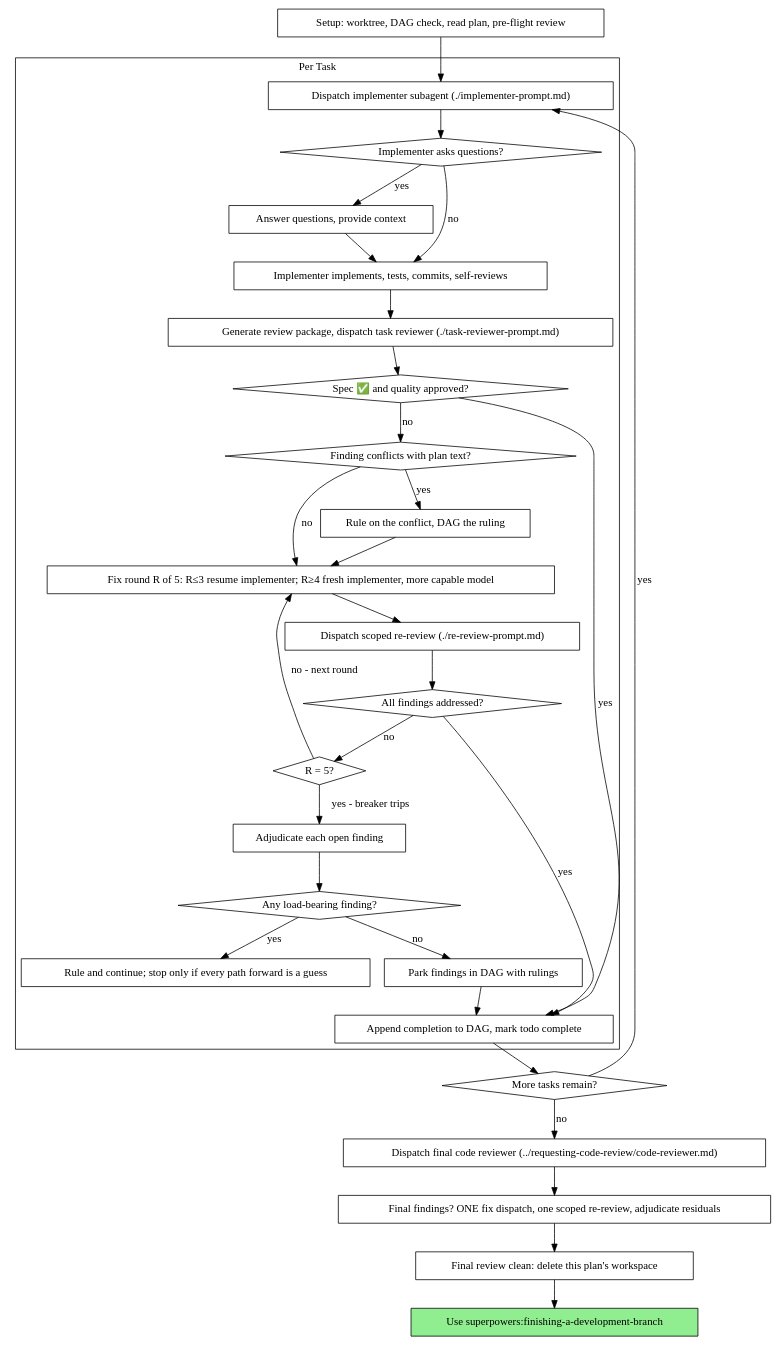
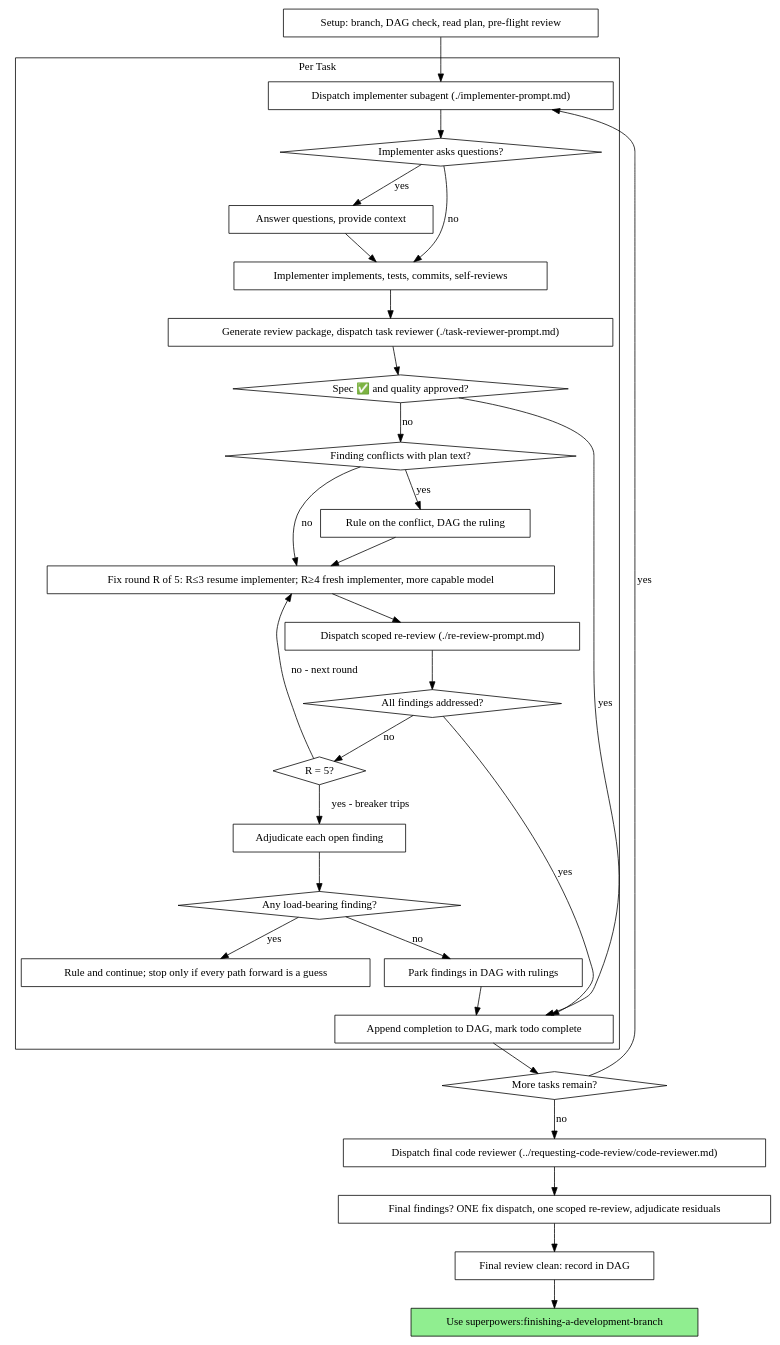
The second of 2 diagrams in skills/subagent-driven-development/SKILL.md (deuriib/superpowers-agentmemory), drawn with Graphviz before and after one commit. The commit also changed other lines of this file and 5 other files, not shown here.

````diff
--- a/skills/subagent-driven-development/SKILL.md
+++ b/skills/subagent-driven-development/SKILL.md
@@ -61,62 +61,62 @@
 ```dot
 digraph process {
     rankdir=TB;
 
     subgraph cluster_per_task {
         label="Per Task";
         "Dispatch implementer subagent (./implementer-prompt.md)" [shape=box];
         "Implementer asks questions?" [shape=diamond];
         "Answer questions, provide context" [shape=box];
         "Implementer implements, tests, commits, self-reviews" [shape=box];
         "Generate review package, dispatch task reviewer (./task-reviewer-prompt.md)" [shape=box];
         "Spec ✅ and quality approved?" [shape=diamond];
         "Finding conflicts with plan text?" [shape=diamond];
         "Rule on the conflict, DAG the ruling" [shape=box];
         "Fix round R of 5: R≤3 resume implementer; R≥4 fresh implementer, more capable model" [shape=box];
         "Dispatch scoped re-review (./re-review-prompt.md)" [shape=box];
         "All findings addressed?" [shape=diamond];
         "R = 5?" [shape=diamond];
         "Adjudicate each open finding" [shape=box];
         "Any load-bearing finding?" [shape=diamond];
         "Rule and continue; stop only if every path forward is a guess" [shape=box];
         "Park findings in DAG with rulings" [shape=box];
         "Append completion to DAG, mark todo complete" [shape=box];
     }
 
-    "Setup: worktree, DAG check, read plan, pre-flight review" [shape=box];
+    "Setup: branch, DAG check, read plan, pre-flight review" [shape=box];
     "More tasks remain?" [shape=diamond];
     "Dispatch final code reviewer (../requesting-code-review/code-reviewer.md)" [shape=box];
     "Final findings? ONE fix dispatch, one scoped re-review, adjudicate residuals" [shape=box];
-    "Final review clean: delete this plan's workspace" [shape=box];
+    "Final review clean: record in DAG" [shape=box];
     "Use superpowers:finishing-a-development-branch" [shape=box style=filled fillcolor=lightgreen];
 
-    "Setup: worktree, DAG check, read plan, pre-flight review" -> "Dispatch implementer subagent (./implementer-prompt.md)";
+    "Setup: branch, DAG check, read plan, pre-flight review" -> "Dispatch implementer subagent (./implementer-prompt.md)";
     "Dispatch implementer subagent (./implementer-prompt.md)" -> "Implementer asks questions?";
     "Implementer asks questions?" -> "Answer questions, provide context" [label="yes"];
     "Answer questions, provide context" -> "Implementer implements, tests, commits, self-reviews";
     "Implementer asks questions?" -> "Implementer implements, tests, commits, self-reviews" [label="no"];
     "Implementer implements, tests, commits, self-reviews" -> "Generate review package, dispatch task reviewer (./task-reviewer-prompt.md)";
     "Generate review package, dispatch task reviewer (./task-reviewer-prompt.md)" -> "Spec ✅ and quality approved?";
     "Spec ✅ and quality approved?" -> "Append completion to DAG, mark todo complete" [label="yes"];
     "Spec ✅ and quality approved?" -> "Finding conflicts with plan text?" [label="no"];
     "Finding conflicts with plan text?" -> "Rule on the conflict, DAG the ruling" [label="yes"];
     "Rule on the conflict, DAG the ruling" -> "Fix round R of 5: R≤3 resume implementer; R≥4 fresh implementer, more capable model";
     "Finding conflicts with plan text?" -> "Fix round R of 5: R≤3 resume implementer; R≥4 fresh implementer, more capable model" [label="no"];
     "Fix round R of 5: R≤3 resume implementer; R≥4 fresh implementer, more capable model" -> "Dispatch scoped re-review (./re-review-prompt.md)";
     "Dispatch scoped re-review (./re-review-prompt.md)" -> "All findings addressed?";
     "All findings addressed?" -> "Append completion to DAG, mark todo complete" [label="yes"];
     "All findings addressed?" -> "R = 5?" [label="no"];
     "R = 5?" -> "Fix round R of 5: R≤3 resume implementer; R≥4 fresh implementer, more capable model" [label="no - next round"];
     "R = 5?" -> "Adjudicate each open finding" [label="yes - breaker trips"];
     "Adjudicate each open finding" -> "Any load-bearing finding?";
     "Any load-bearing finding?" -> "Rule and continue; stop only if every path forward is a guess" [label="yes"];
     "Any load-bearing finding?" -> "Park findings in DAG with rulings" [label="no"];
     "Park findings in DAG with rulings" -> "Append completion to DAG, mark todo complete";
     "Append completion to DAG, mark todo complete" -> "More tasks remain?";
     "More tasks remain?" -> "Dispatch implementer subagent (./implementer-prompt.md)" [label="yes"];
     "More tasks remain?" -> "Dispatch final code reviewer (../requesting-code-review/code-reviewer.md)" [label="no"];
     "Dispatch final code reviewer (../requesting-code-review/code-reviewer.md)" -> "Final findings? ONE fix dispatch, one scoped re-review, adjudicate residuals";
-    "Final findings? ONE fix dispatch, one scoped re-review, adjudicate residuals" -> "Final review clean: delete this plan's workspace";
-    "Final review clean: delete this plan's workspace" -> "Use superpowers:finishing-a-development-branch";
+    "Final findings? ONE fix dispatch, one scoped re-review, adjudicate residuals" -> "Final review clean: record in DAG";
+    "Final review clean: record in DAG" -> "Use superpowers:finishing-a-development-branch";
 }
 ```
````
